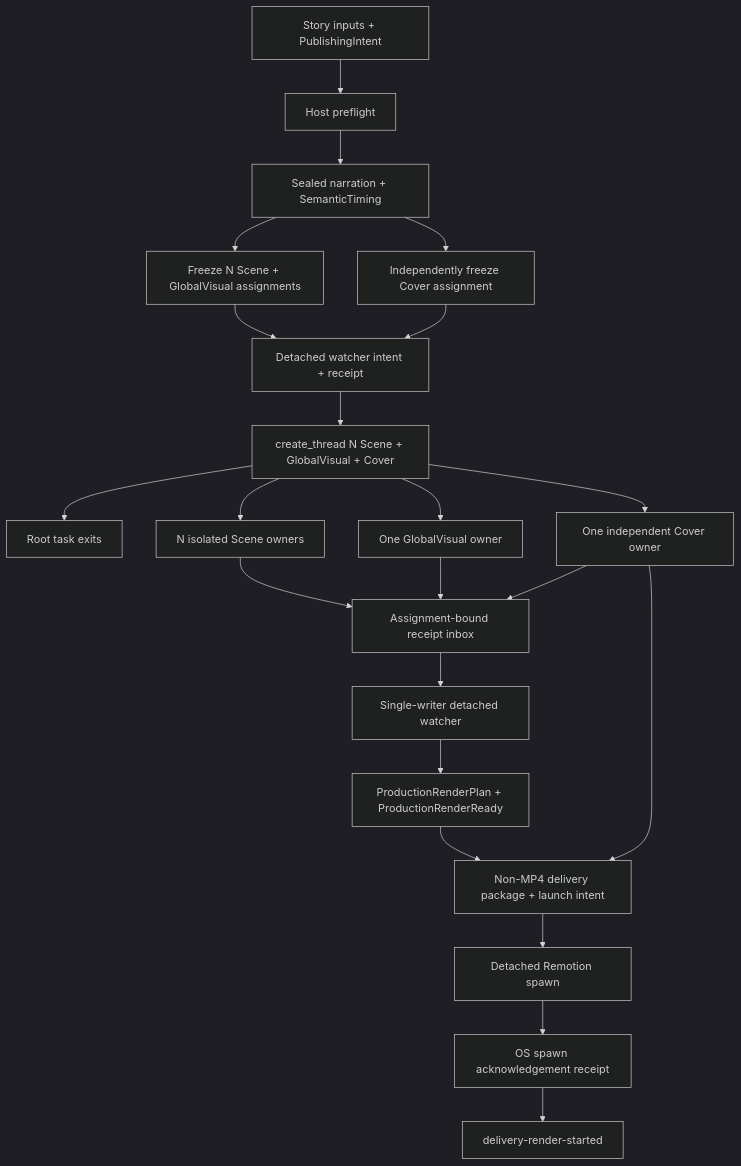
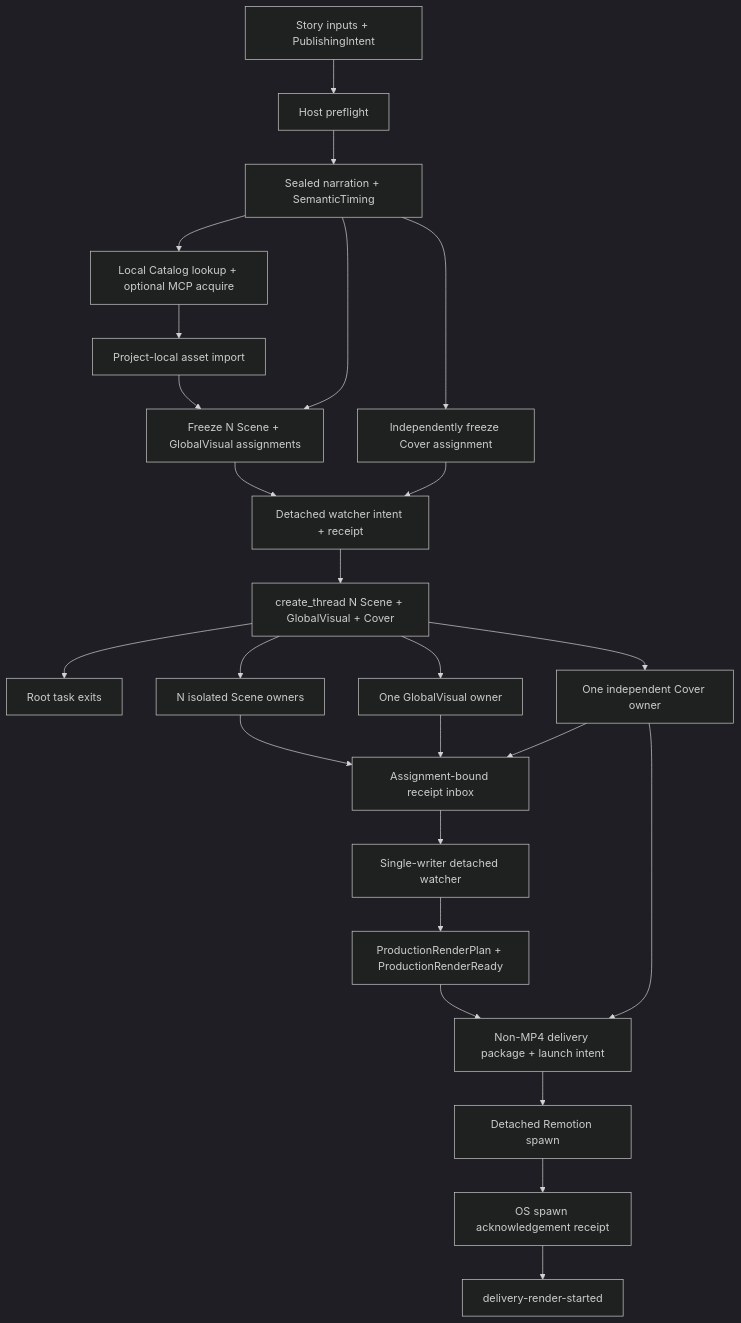
The diagram in docs/PRODUCTION_WORKFLOW.md (AXMORF/axmorf-studio), drawn with Mermaid (dark theme) before and after one commit. The commit also changed other lines of this file and 40 other files, not shown here.

````diff
--- a/docs/PRODUCTION_WORKFLOW.md
+++ b/docs/PRODUCTION_WORKFLOW.md
@@ -9,24 +9,27 @@
 ```mermaid
 flowchart TD
     Inputs["Story inputs + PublishingIntent"] --> Preflight["Host preflight"]
     Preflight --> Narrative["Sealed narration + SemanticTiming"]
+    Narrative --> AssetChoice["Local Catalog lookup + optional MCP acquire"]
+    AssetChoice --> AssetImport["Project-local asset import"]
+    AssetImport --> ProductionFreeze
     Narrative --> ProductionFreeze["Freeze N Scene + GlobalVisual assignments"]
     Narrative --> CoverFreeze["Independently freeze Cover assignment"]
     ProductionFreeze --> WatchStart["Detached watcher intent + receipt"]
     CoverFreeze --> WatchStart
     WatchStart --> Dispatch["create_thread N Scene + GlobalVisual + Cover"]
     Dispatch --> RootExit["Root task exits"]
     Dispatch --> Scenes["N isolated Scene owners"]
     Dispatch --> Global["One GlobalVisual owner"]
     Dispatch --> Cover["One independent Cover owner"]
     Scenes --> Inbox["Assignment-bound receipt inbox"]
     Global --> Inbox
     Cover --> Inbox
     Inbox --> Watcher["Single-writer detached watcher"]
     Watcher --> Ready["ProductionRenderPlan + ProductionRenderReady"]
     Ready --> Package["Non-MP4 delivery package + launch intent"]
     Cover --> Package
     Package --> Spawn["Detached Remotion spawn"]
     Spawn --> Receipt["OS spawn acknowledgement receipt"]
     Receipt --> Endpoint["delivery-render-started"]
 ```
````
